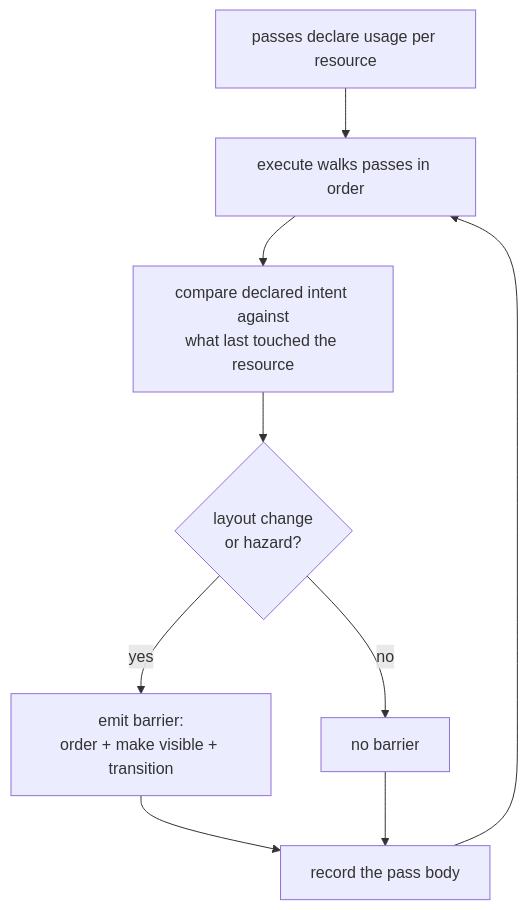
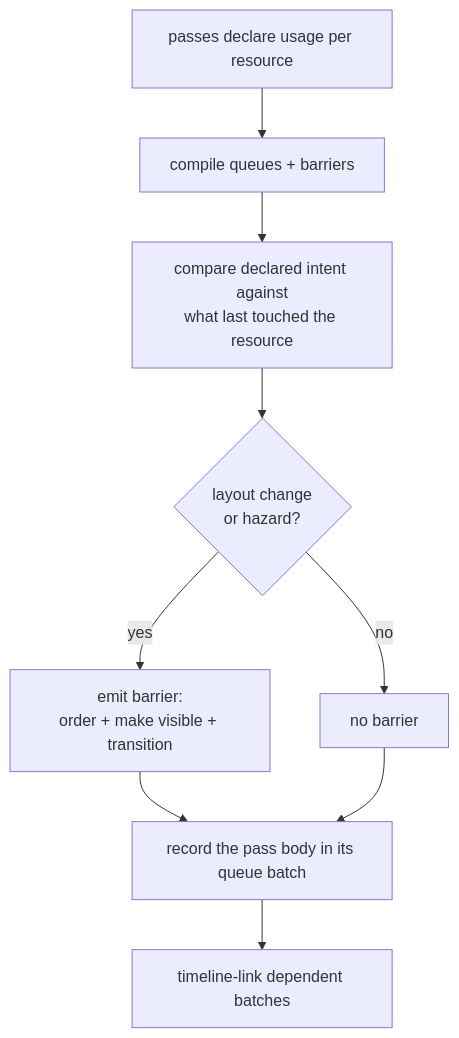
The diagram in docs/content/explanations/frame-and-render-graph/render-graph-overview.md (saffronjam/SaffronEngine), drawn with Mermaid before and after one commit. The commit also changed other lines of this file and 3 other files, not shown here.

First line of the commit message:
docs: cover graph buffers and indirect usages

````diff
--- a/docs/content/explanations/frame-and-render-graph/render-graph-overview.md
+++ b/docs/content/explanations/frame-and-render-graph/render-graph-overview.md
@@ -45,11 +46,11 @@
 ```mermaid
 flowchart TD
-    A[passes declare usage per resource] --> B[execute walks passes in order]
+    A[passes declare usage per resource] --> B[compile queues + barriers]
     B --> C[compare declared intent against<br/>what last touched the resource]
     C --> D{layout change<br/>or hazard?}
     D -- yes --> E[emit barrier:<br/>order + make visible + transition]
     D -- no --> F[no barrier]
-    E --> G[record the pass body]
+    E --> G[record the pass body in its queue batch]
     F --> G
-    G --> B
+    G --> H[timeline-link dependent batches]
 ```
````
